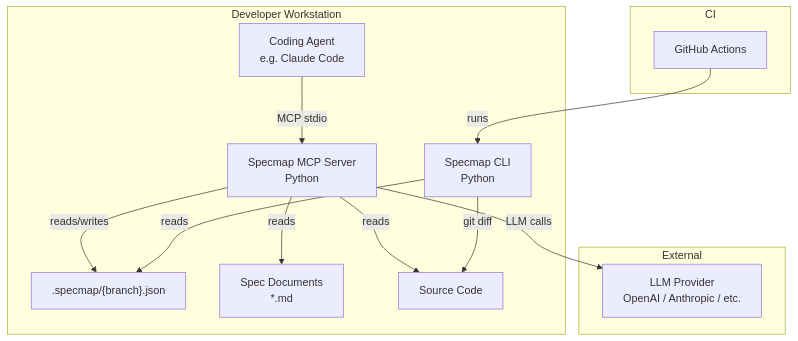
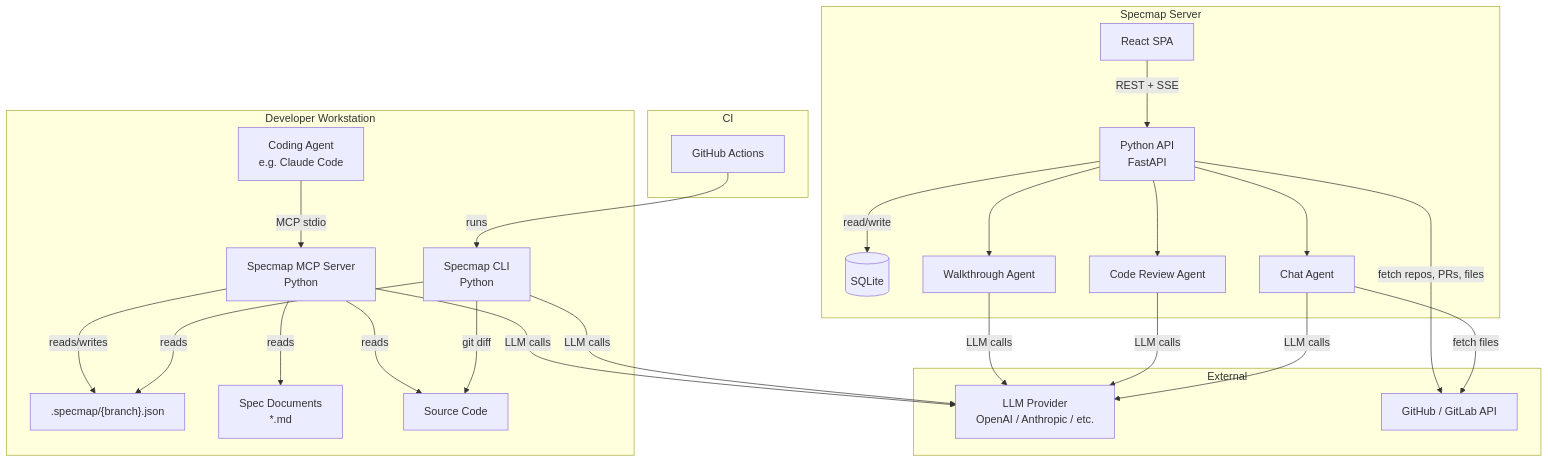
Before and after one commit to jdraines/specmap: the first of 2 diagrams in docs/concepts/architecture.md, drawn with Mermaid. The commit also changed other lines of this file and 18 other files, not shown here.

````diff
--- a/docs/concepts/architecture.md
+++ b/docs/concepts/architecture.md
@@ -5,28 +5,49 @@
 ```mermaid
 graph TB
     subgraph "Developer Workstation"
         Agent[Coding Agent<br/>e.g. Claude Code]
         MCP[Specmap MCP Server<br/>Python]
         SF[".specmap/{branch}.json"]
         CLI[Specmap CLI<br/>Python]
         Specs[Spec Documents<br/>*.md]
         Code[Source Code]
     end
 
+    subgraph "Specmap Server"
+        Web[React SPA]
+        API[Python API<br/>FastAPI]
+        DB[(SQLite)]
+        WK[Walkthrough Agent]
+        CR[Code Review Agent]
+        Chat[Chat Agent]
+    end
+
     subgraph "External"
         LLM[LLM Provider<br/>OpenAI / Anthropic / etc.]
+        Forge[GitHub / GitLab API]
     end
 
     subgraph "CI"
         GH[GitHub Actions]
     end
 
     Agent -->|MCP stdio| MCP
     MCP -->|reads| Specs
     MCP -->|reads| Code
     MCP -->|LLM calls| LLM
     MCP -->|reads/writes| SF
     CLI -->|reads| SF
     CLI -->|git diff| Code
+    CLI -->|LLM calls| LLM
     GH -->|runs| CLI
+    Web -->|REST + SSE| API
+    API -->|read/write| DB
+    API -->|fetch repos, PRs, files| Forge
+    API --> WK
+    API --> CR
+    API --> Chat
+    WK -->|LLM calls| LLM
+    CR -->|LLM calls| LLM
+    Chat -->|LLM calls| LLM
+    Chat -->|fetch files| Forge
 ```
````
